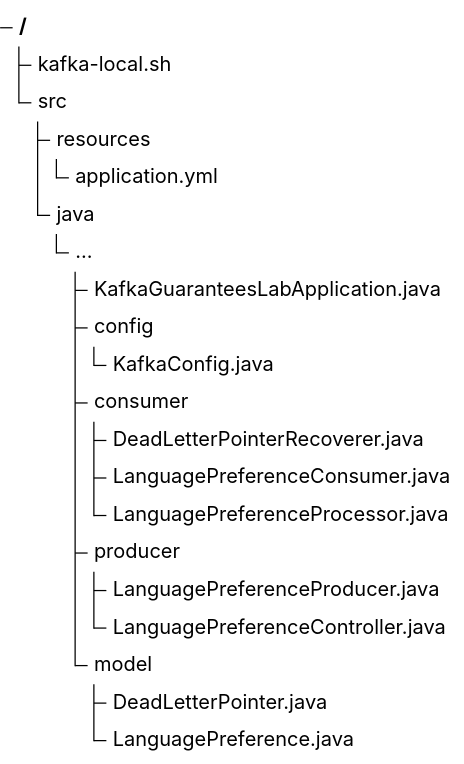
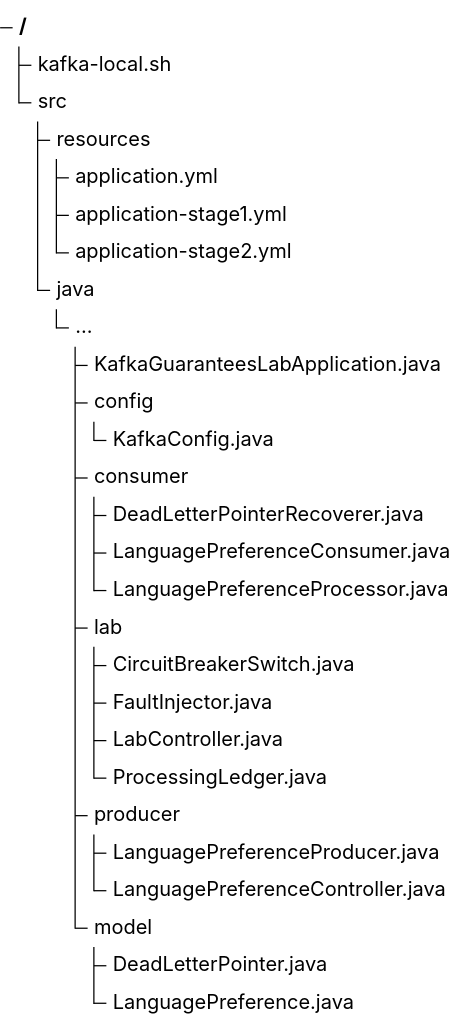
The fourth of 4 diagrams in README.md (bhanafee/KafkaGuaranteesLab), drawn with Mermaid before and after one commit. The commit also changed other lines of this file and 1 other file, not shown here.

First line of the commit message:
Restructure the README around the runnable lab

````diff
--- a/README.md
+++ b/README.md
@@ -622,22 +700,29 @@
 ```mermaid
 treeView-beta
     "kafka-local.sh"
     "src"
         "resources"
             "application.yml"
+            "application-stage1.yml"
+            "application-stage2.yml"
         "java"
             "..."
                 "KafkaGuaranteesLabApplication.java"
                 "config"
                     "KafkaConfig.java"
                 "consumer"
                     "DeadLetterPointerRecoverer.java"
                     "LanguagePreferenceConsumer.java"
                     "LanguagePreferenceProcessor.java"
+                "lab"
+                    "CircuitBreakerSwitch.java"
+                    "FaultInjector.java"
+                    "LabController.java"
+                    "ProcessingLedger.java"
                 "producer"
                     "LanguagePreferenceProducer.java"
                     "LanguagePreferenceController.java"
                 "model"
                     "DeadLetterPointer.java"
                     "LanguagePreference.java"
 ```
````
